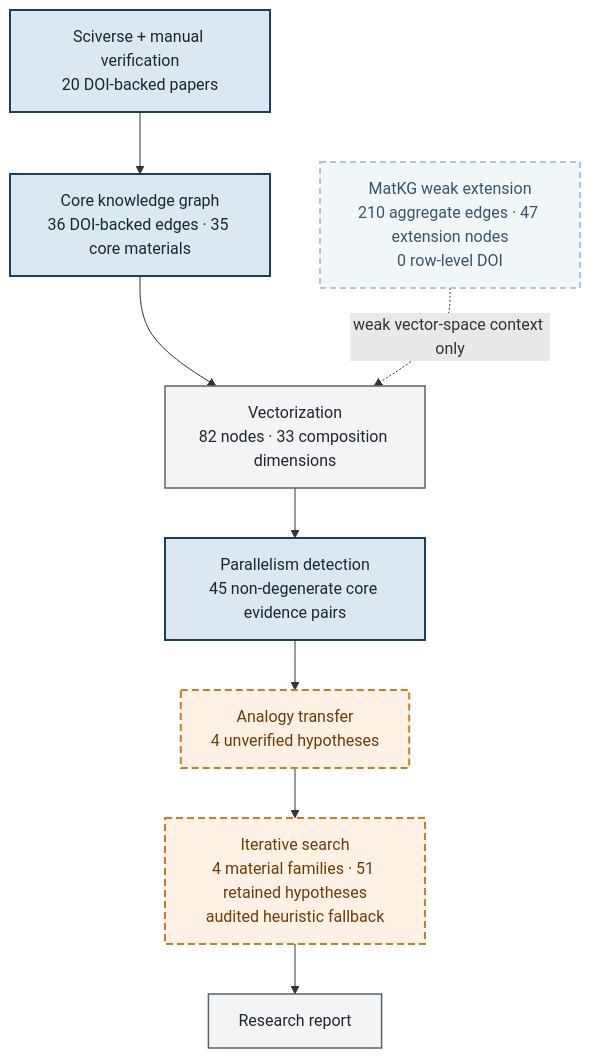
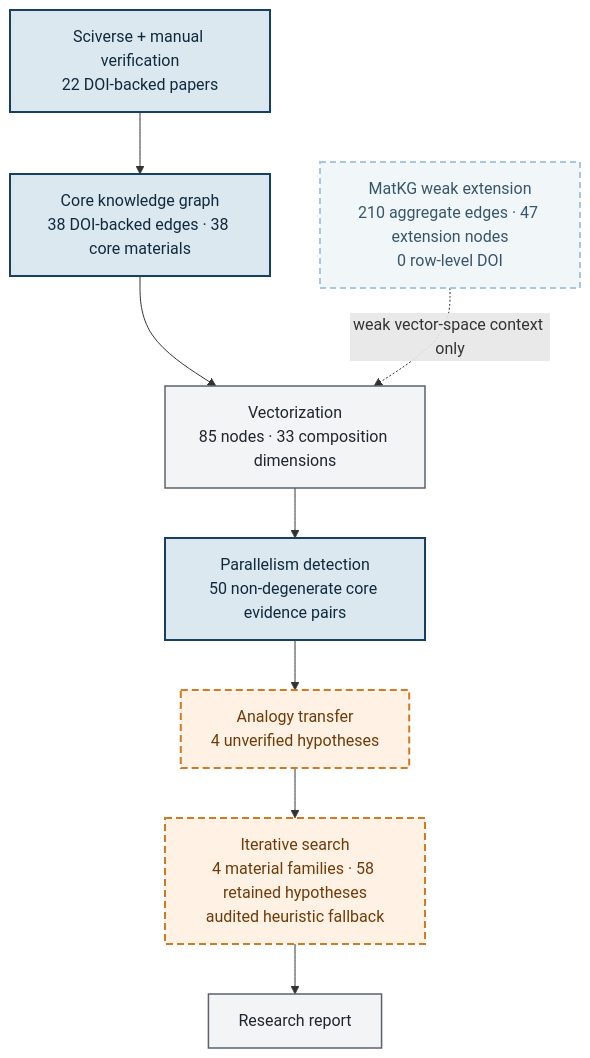
The diagram in outputs/visualizations/01_pipeline_flow.md (Dalaoyuan2020/goai-material-literature-agent), drawn with Mermaid before and after one commit. The commit also changed 60 other files, not shown here.

Commit message:
feat: add two DOI-backed superconductor edges

````diff
--- a/outputs/visualizations/01_pipeline_flow.md
+++ b/outputs/visualizations/01_pipeline_flow.md
@@ -3,21 +3,21 @@
 ```mermaid
 flowchart TD
-    A["Sciverse + manual verification<br/>20 DOI-backed papers"]:::core
-    B["Core knowledge graph<br/>36 DOI-backed edges · 35 core materials"]:::core
+    A["Sciverse + manual verification<br/>22 DOI-backed papers"]:::core
+    B["Core knowledge graph<br/>38 DOI-backed edges · 38 core materials"]:::core
     C["MatKG weak extension<br/>210 aggregate edges · 47 extension nodes<br/>0 row-level DOI"]:::weak
-    D["Vectorization<br/>82 nodes · 33 composition dimensions"]:::method
-    E["Parallelism detection<br/>45 non-degenerate core evidence pairs"]:::core
+    D["Vectorization<br/>85 nodes · 33 composition dimensions"]:::method
+    E["Parallelism detection<br/>50 non-degenerate core evidence pairs"]:::core
     F["Analogy transfer<br/>4 unverified hypotheses"]:::hypothesis
-    G["Iterative search<br/>4 material families · 51 retained hypotheses<br/>audited heuristic fallback"]:::hypothesis
+    G["Iterative search<br/>4 material families · 58 retained hypotheses<br/>audited heuristic fallback"]:::hypothesis
     H["Research report"]:::method
 
     A --> B
     B --> D
     C -. "weak vector-space context only" .-> D
     D --> E --> F --> G --> H
 
     classDef core fill:#DCE8F0,stroke:#173F5F,stroke-width:2px,color:#102A3C;
     classDef weak fill:#F1F6F9,stroke:#A9C6DA,stroke-width:2px,stroke-dasharray:6 4,color:#38556A;
     classDef method fill:#F3F4F5,stroke:#59636D,stroke-width:1.5px,color:#20262D;
     classDef hypothesis fill:#FFF2E5,stroke:#D17A22,stroke-width:2px,stroke-dasharray:7 4,color:#6E3A08;
 ```
````
